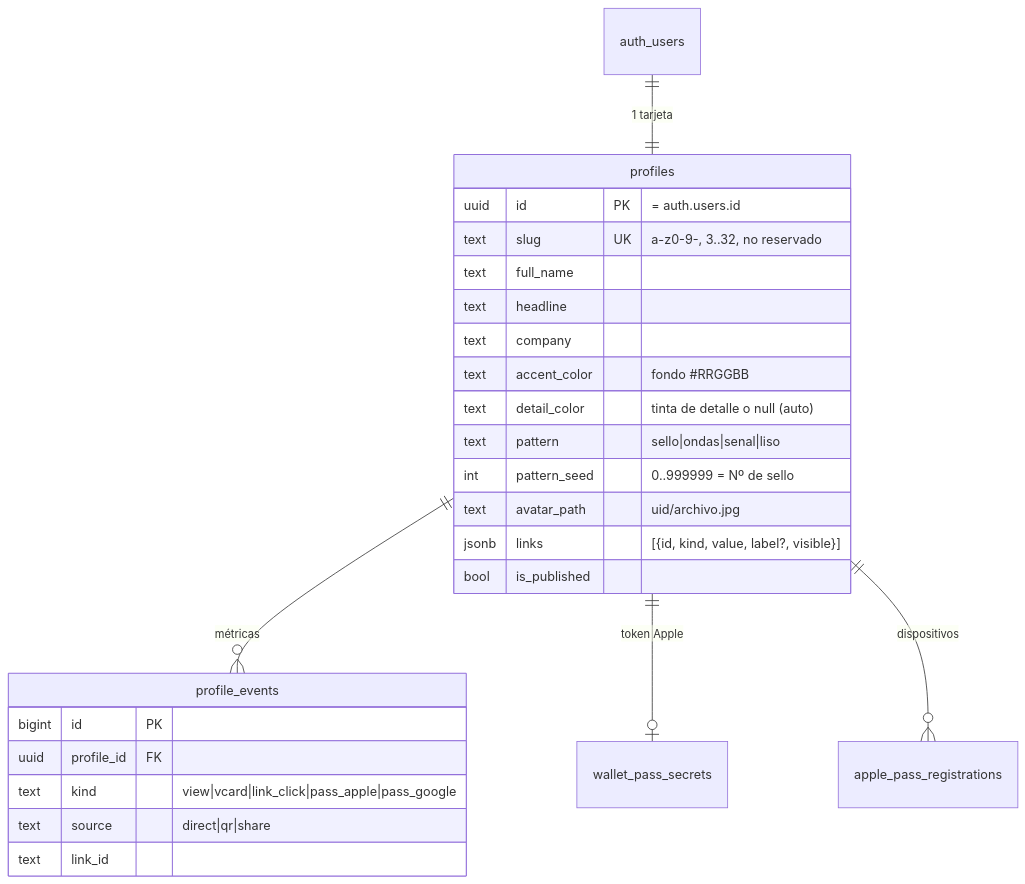
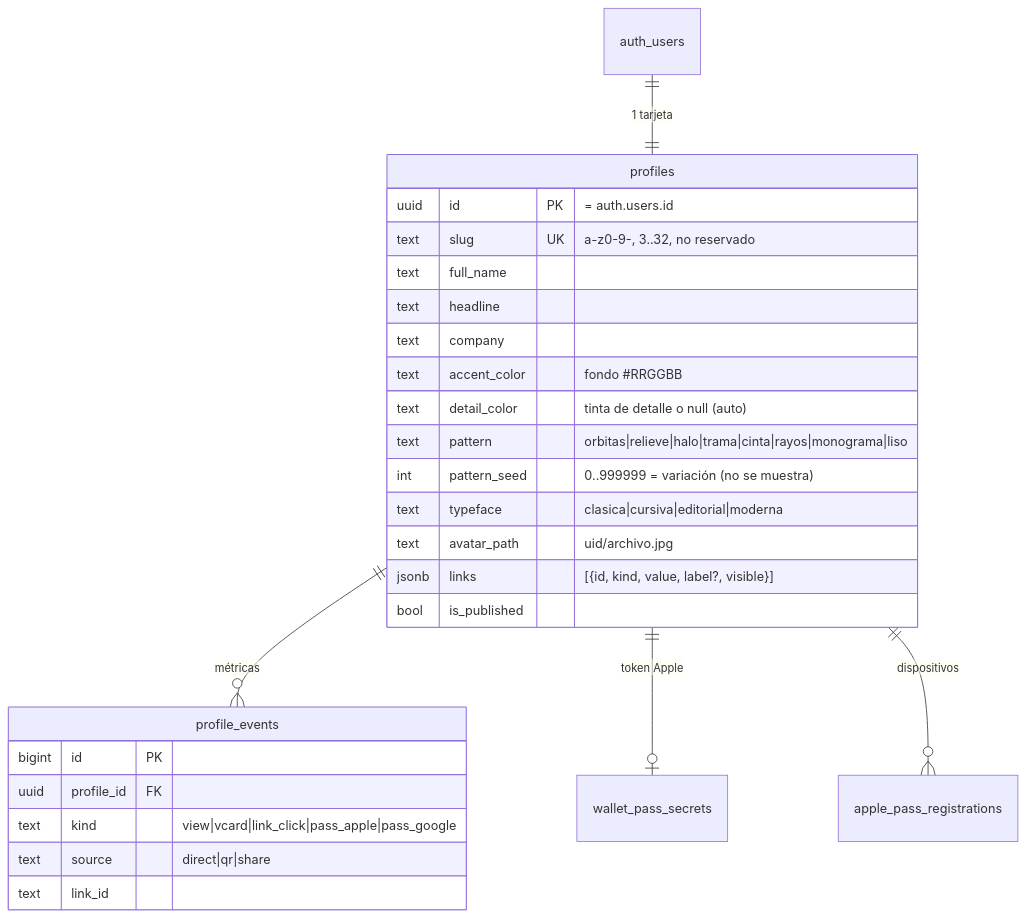
Before and after one commit to diegomolinacatala/PassMe: the second of 4 diagrams in docs/ARCHITECTURE.md, drawn with Mermaid. The commit also changed other lines of this file and 7 other files, not shown here.

````diff
--- a/docs/ARCHITECTURE.md
+++ b/docs/ARCHITECTURE.md
@@ -36,29 +36,30 @@
 ```mermaid
 erDiagram
     auth_users ||--|| profiles : "1 tarjeta"
     profiles ||--o{ profile_events : "métricas"
     profiles ||--o| wallet_pass_secrets : "token Apple"
     profiles ||--o{ apple_pass_registrations : "dispositivos"
 
     profiles {
         uuid id PK "= auth.users.id"
         text slug UK "a-z0-9-, 3..32, no reservado"
         text full_name
         text headline
         text company
         text accent_color "fondo #RRGGBB"
         text detail_color "tinta de detalle o null (auto)"
-        text pattern "sello|ondas|senal|liso"
-        int pattern_seed "0..999999 = Nº de sello"
+        text pattern "orbitas|relieve|halo|trama|cinta|rayos|monograma|liso"
+        int pattern_seed "0..999999 = variación (no se muestra)"
+        text typeface "clasica|cursiva|editorial|moderna"
         text avatar_path "uid/archivo.jpg"
         jsonb links "[{id, kind, value, label?, visible}]"
         bool is_published
     }
     profile_events {
         bigint id PK
         uuid profile_id FK
         text kind "view|vcard|link_click|pass_apple|pass_google"
         text source "direct|qr|share"
         text link_id
     }
 ```
````
